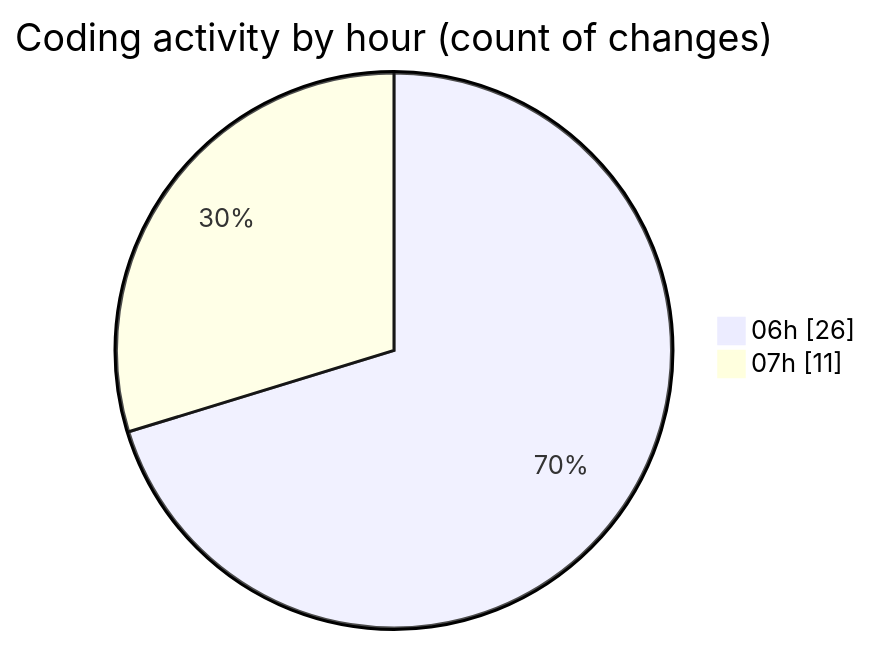
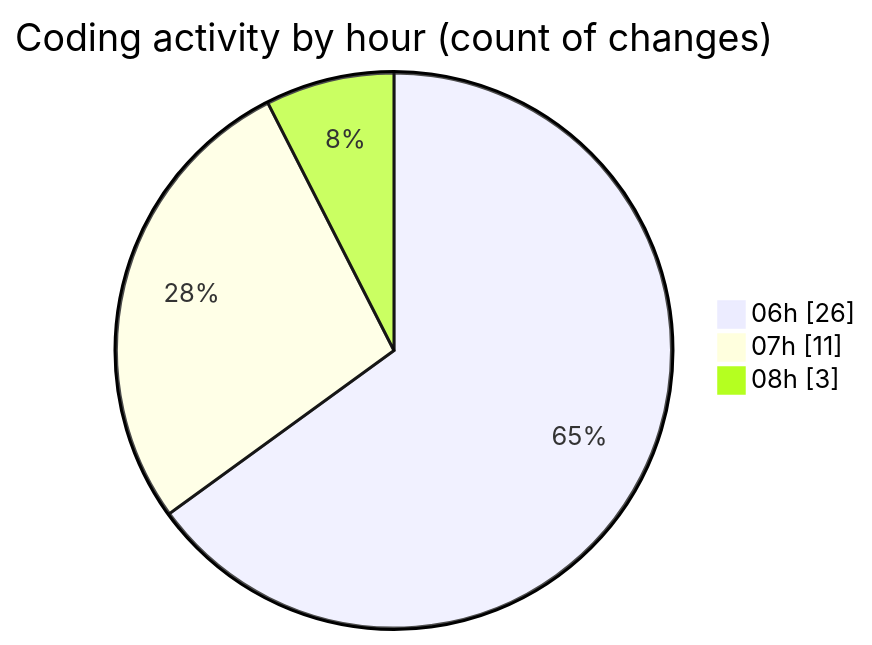
One commit to robertbonfada/code-tracking changed the second of 2 diagrams in 2025-01-30/mbc-web/README.md. Above: the diagram before and after it, drawn with Mermaid. The commit also changed other lines of this file and 1 other file, not shown here.

````diff
--- a/2025-01-30/mbc-web/README.md
+++ b/2025-01-30/mbc-web/README.md
@@ -39,6 +39,7 @@
 ```mermaid
 pie showData
 title Coding activity by hour (count of changes)
 "06h" : 26
 "07h" : 11
+"08h" : 3
 ```
````
